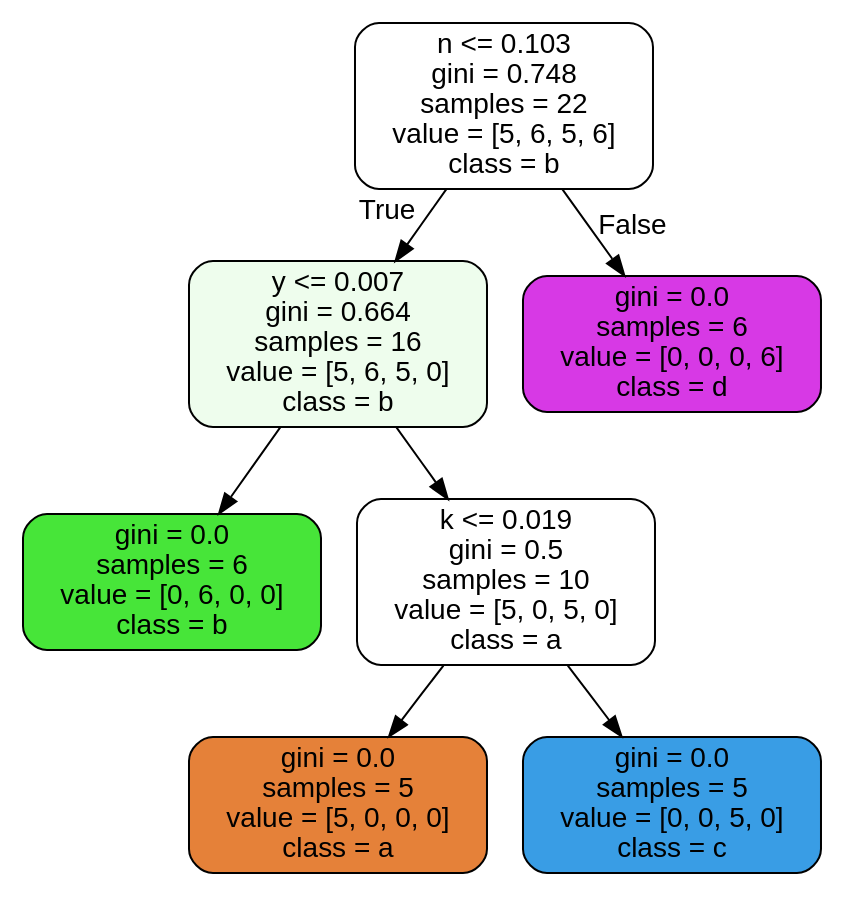
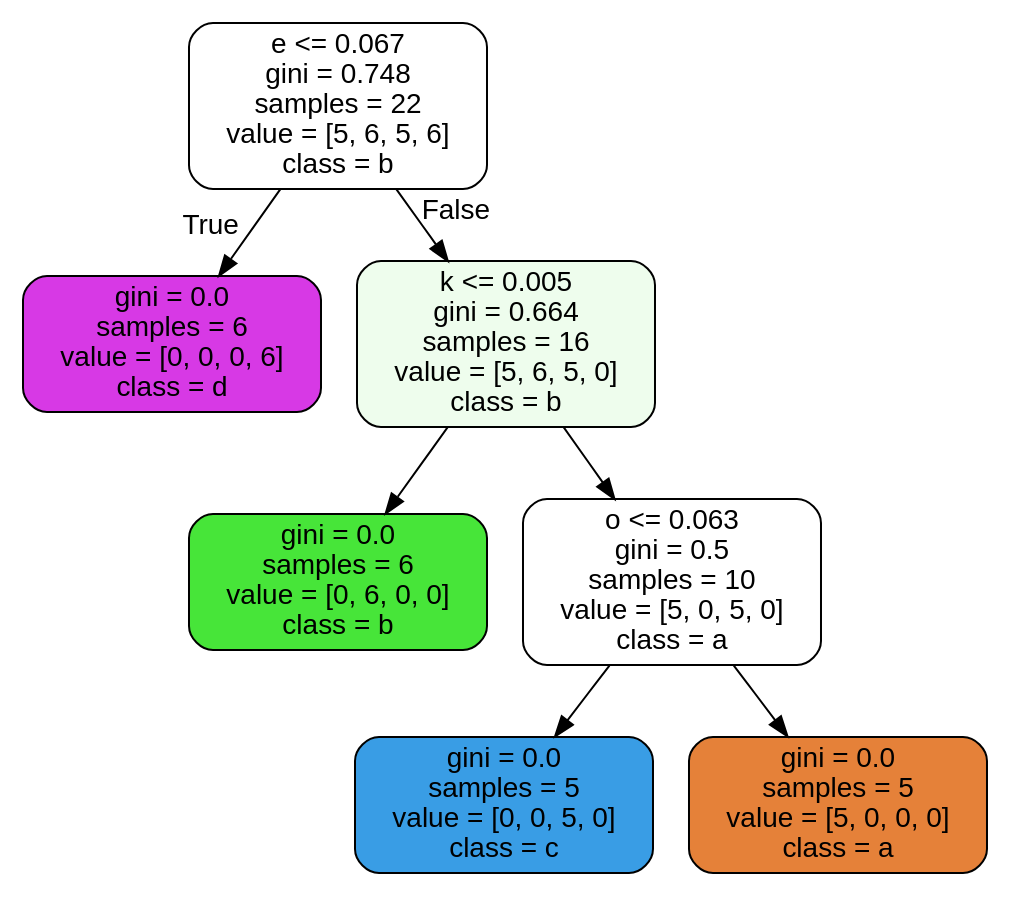
The diagram in K-Digital Training/김소현 강사님/Scikit-learn/숙제/tree.dot (joo9810/VSCode), drawn with Graphviz before and after one commit. The commit also changed 14 other files, not shown here.

```diff
--- a/K-Digital Training/김소현 강사님/Scikit-learn/숙제/tree.dot
+++ b/K-Digital Training/김소현 강사님/Scikit-learn/숙제/tree.dot
@@ -1,17 +1,17 @@
 digraph Tree {
 node [shape=box, style="filled, rounded", color="black", fontname="helvetica"] ;
 edge [fontname="helvetica"] ;
-0 [label="n <= 0.103\ngini = 0.748\nsamples = 22\nvalue = [5, 6, 5, 6]\nclass = b", fillcolor="#ffffff"] ;
-1 [label="y <= 0.007\ngini = 0.664\nsamples = 16\nvalue = [5, 6, 5, 0]\nclass = b", fillcolor="#eefded"] ;
+0 [label="e <= 0.067\ngini = 0.748\nsamples = 22\nvalue = [5, 6, 5, 6]\nclass = b", fillcolor="#ffffff"] ;
+1 [label="gini = 0.0\nsamples = 6\nvalue = [0, 0, 0, 6]\nclass = d", fillcolor="#d739e5"] ;
 0 -> 1 [labeldistance=2.5, labelangle=45, headlabel="True"] ;
-2 [label="gini = 0.0\nsamples = 6\nvalue = [0, 6, 0, 0]\nclass = b", fillcolor="#47e539"] ;
-1 -> 2 ;
-3 [label="k <= 0.019\ngini = 0.5\nsamples = 10\nvalue = [5, 0, 5, 0]\nclass = a", fillcolor="#ffffff"] ;
-1 -> 3 ;
-4 [label="gini = 0.0\nsamples = 5\nvalue = [5, 0, 0, 0]\nclass = a", fillcolor="#e58139"] ;
-3 -> 4 ;
+2 [label="k <= 0.005\ngini = 0.664\nsamples = 16\nvalue = [5, 6, 5, 0]\nclass = b", fillcolor="#eefded"] ;
+0 -> 2 [labeldistance=2.5, labelangle=-45, headlabel="False"] ;
+3 [label="gini = 0.0\nsamples = 6\nvalue = [0, 6, 0, 0]\nclass = b", fillcolor="#47e539"] ;
+2 -> 3 ;
+4 [label="o <= 0.063\ngini = 0.5\nsamples = 10\nvalue = [5, 0, 5, 0]\nclass = a", fillcolor="#ffffff"] ;
+2 -> 4 ;
 5 [label="gini = 0.0\nsamples = 5\nvalue = [0, 0, 5, 0]\nclass = c", fillcolor="#399de5"] ;
-3 -> 5 ;
-6 [label="gini = 0.0\nsamples = 6\nvalue = [0, 0, 0, 6]\nclass = d", fillcolor="#d739e5"] ;
-0 -> 6 [labeldistance=2.5, labelangle=-45, headlabel="False"] ;
+4 -> 5 ;
+6 [label="gini = 0.0\nsamples = 5\nvalue = [5, 0, 0, 0]\nclass = a", fillcolor="#e58139"] ;
+4 -> 6 ;
 }
```
